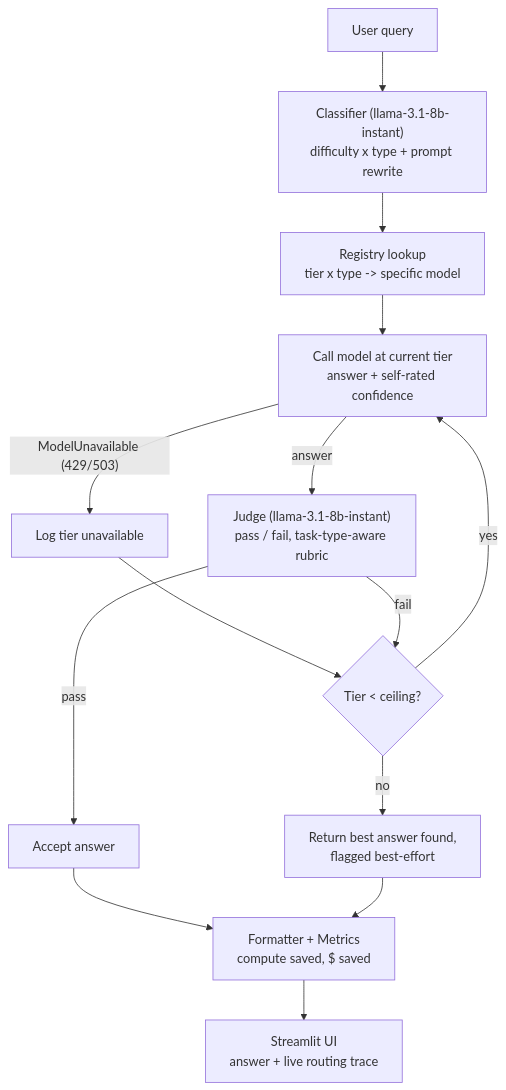
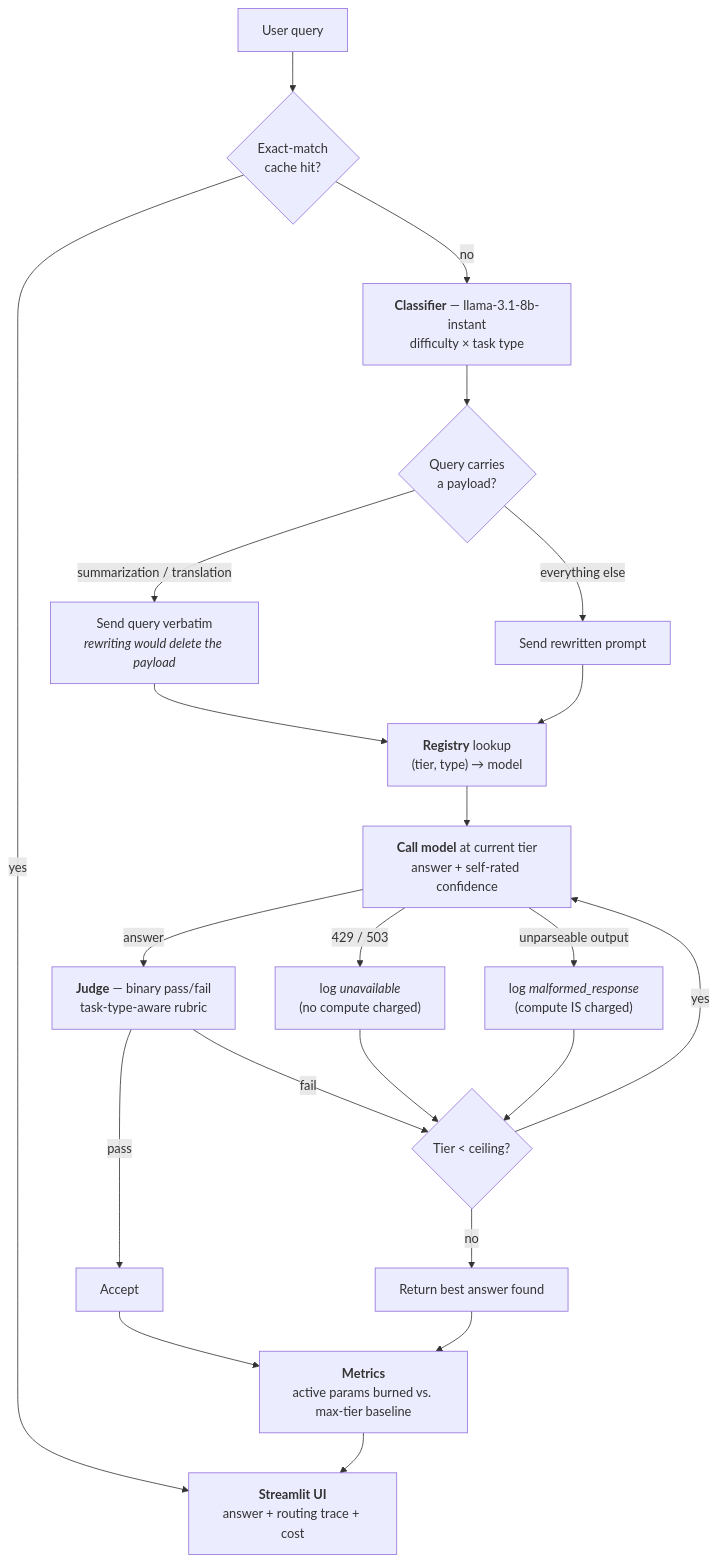
One commit to Mithun095/ladder-llm changed the diagram in README.md. Above: the diagram before and after it, drawn with Mermaid. The commit also changed other lines of this file and 11 other files, not shown here.

````diff
--- a/README.md
+++ b/README.md
@@ -37,16 +27,24 @@
 ```mermaid
 flowchart TD
-    Q[User query] --> CL["Classifier (llama-3.1-8b-instant)<br/>difficulty x type + prompt rewrite"]
-    CL --> REG["Registry lookup<br/>tier x type -> specific model"]
-    REG --> M["Call model at current tier<br/>answer + self-rated confidence"]
-    M -->|"ModelUnavailable (429/503)"| SKIP["Log tier unavailable"]
+    Q[User query] --> C{Exact-match<br/>cache hit?}
+    C -->|yes| OUT
+    C -->|no| CL["<b>Classifier</b> — llama-3.1-8b-instant<br/>difficulty × task type"]
+    CL --> RW{"Query carries<br/>a payload?"}
+    RW -->|"summarization / translation"| RAW["Send query verbatim<br/><i>rewriting would delete the payload</i>"]
+    RW -->|"everything else"| OPT["Send rewritten prompt"]
+    RAW --> REG
+    OPT --> REG["<b>Registry</b> lookup<br/>(tier, type) → model"]
+    REG --> M["<b>Call model</b> at current tier<br/>answer + self-rated confidence"]
+    M -->|"429 / 503"| SKIP["log <i>unavailable</i><br/>(no compute charged)"]
+    M -->|"unparseable output"| BAD["log <i>malformed_response</i><br/>(compute IS charged)"]
+    M -->|answer| J["<b>Judge</b> — binary pass/fail<br/>task-type-aware rubric"]
+    J -->|pass| ACC["Accept"]
+    J -->|fail| ESC
     SKIP --> ESC
-    M -->|"answer"| J["Judge (llama-3.1-8b-instant)<br/>pass / fail, task-type-aware rubric"]
-    J -->|pass| ACC["Accept answer"]
-    J -->|fail| ESC{"Tier < ceiling?"}
+    BAD --> ESC{"Tier &lt; ceiling?"}
     ESC -->|yes| M
-    ESC -->|no| FAIL["Return best answer found,<br/>flagged best-effort"]
-    ACC --> FMT["Formatter + Metrics<br/>compute saved, $ saved"]
-    FAIL --> FMT
-    FMT --> UI["Streamlit UI<br/>answer + live routing trace"]
+    ESC -->|no| FAIL["Return best answer found"]
+    ACC --> MET["<b>Metrics</b><br/>active params burned vs. max-tier baseline"]
+    FAIL --> MET
+    MET --> OUT["<b>Streamlit UI</b><br/>answer + routing trace + cost"]
 ```
````
